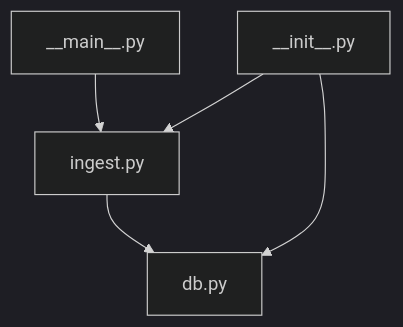
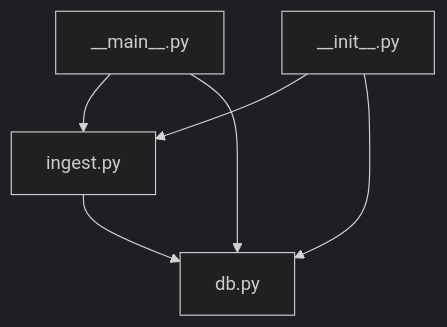
The sixth of 6 diagrams in .qoder/repowiki/en/content/Core Components/Data Engineering Module.md (ZengSeng/telegram-bot), drawn with Mermaid (dark theme) before and after one commit. The commit also changed other lines of this file and 9 other files, not shown here.

````diff
--- a/.qoder/repowiki/en/content/Core Components/Data Engineering Module.md
+++ b/.qoder/repowiki/en/content/Core Components/Data Engineering Module.md
@@ -236,7 +334,8 @@
 ```mermaid
 graph TB
 Main["__main__.py"] --> Ingest["ingest.py"]
 Ingest --> DB["db.py"]
 Init["__init__.py"] --> Ingest
 Init --> DB
+Main --> DB
 ```
````
